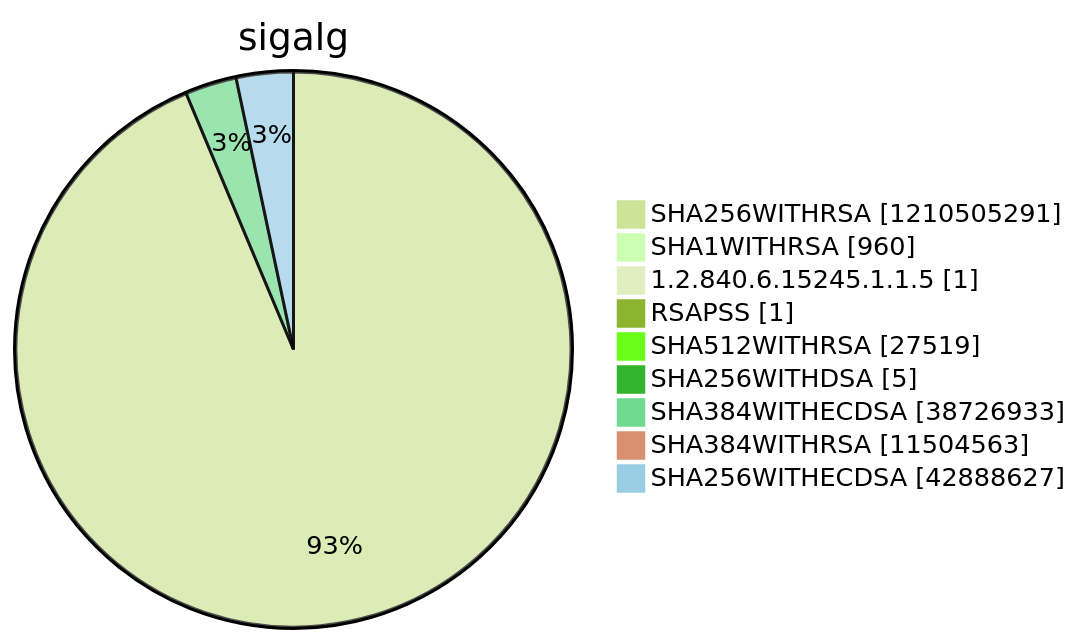
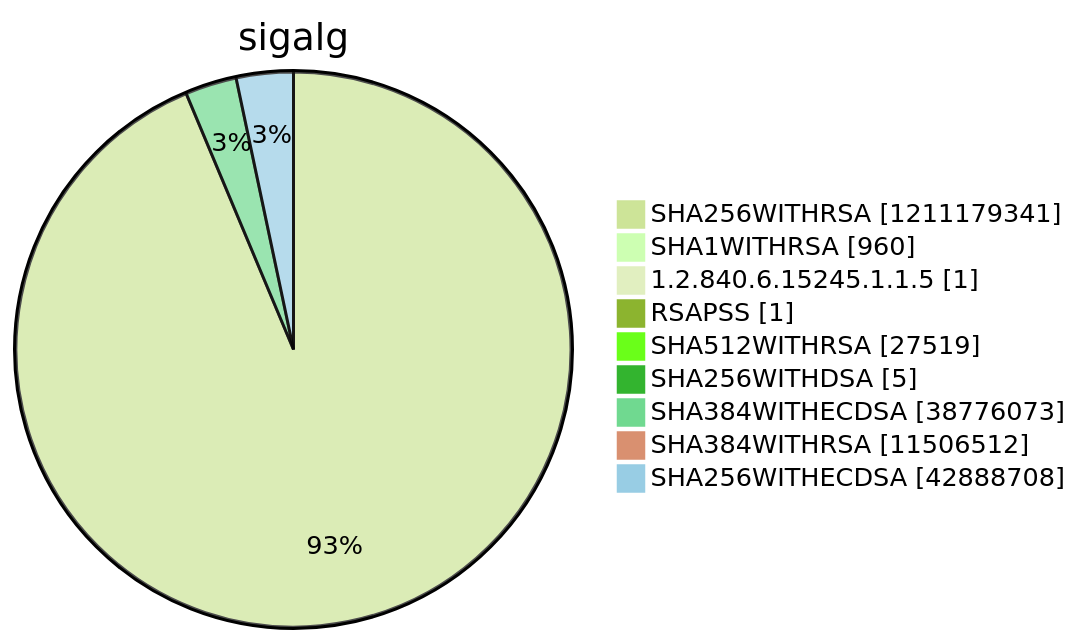
One commit to christiankrug/ctmonitor_visualization changed diagram 15 of 15 in argon2022/README.md. Above: the diagram before and after it, drawn with Mermaid (forest theme). The commit also changed other lines of this file, not shown here.

````diff
--- a/argon2022/README.md
+++ b/argon2022/README.md
@@ -5520,13 +5520,13 @@
 ```mermaid
 pie showData
 title sigalg
-"SHA256WITHRSA" :1210505291
+"SHA256WITHRSA" :1211179341
 "SHA1WITHRSA" :960
 "1.2.840.6.15245.1.1.5" :1
 "RSAPSS" :1
 "SHA512WITHRSA" :27519
 "SHA256WITHDSA" :5
-"SHA384WITHECDSA" :38726933
-"SHA384WITHRSA" :11504563
-"SHA256WITHECDSA" :42888627
+"SHA384WITHECDSA" :38776073
+"SHA384WITHRSA" :11506512
+"SHA256WITHECDSA" :42888708
 ```
````
